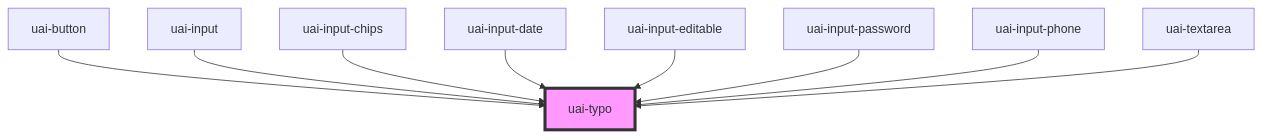
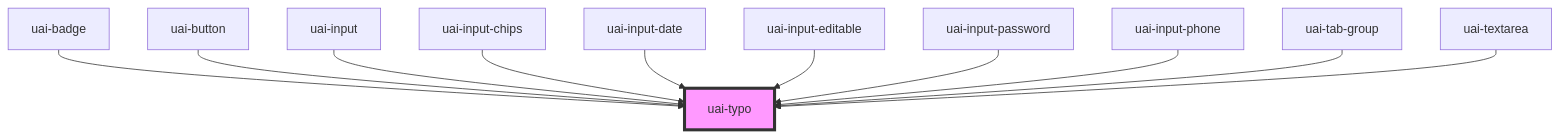
The diagram in src/components/uai-typo/readme.md (takenet/blip-ds), drawn with Mermaid before and after one commit. The commit also changed other lines of this file and 40 other files, not shown here.

First line of the commit message:
feat(uai-tabs): add tabs with reusable public badge

````diff
--- a/src/components/uai-typo/readme.md
+++ b/src/components/uai-typo/readme.md
@@ -57,12 +59,14 @@
 ```mermaid
 graph TD;
+  uai-badge --> uai-typo
   uai-button --> uai-typo
   uai-input --> uai-typo
   uai-input-chips --> uai-typo
   uai-input-date --> uai-typo
   uai-input-editable --> uai-typo
   uai-input-password --> uai-typo
   uai-input-phone --> uai-typo
+  uai-tab-group --> uai-typo
   uai-textarea --> uai-typo
   style uai-typo fill:#f9f,stroke:#333,stroke-width:4px
 ```
````
